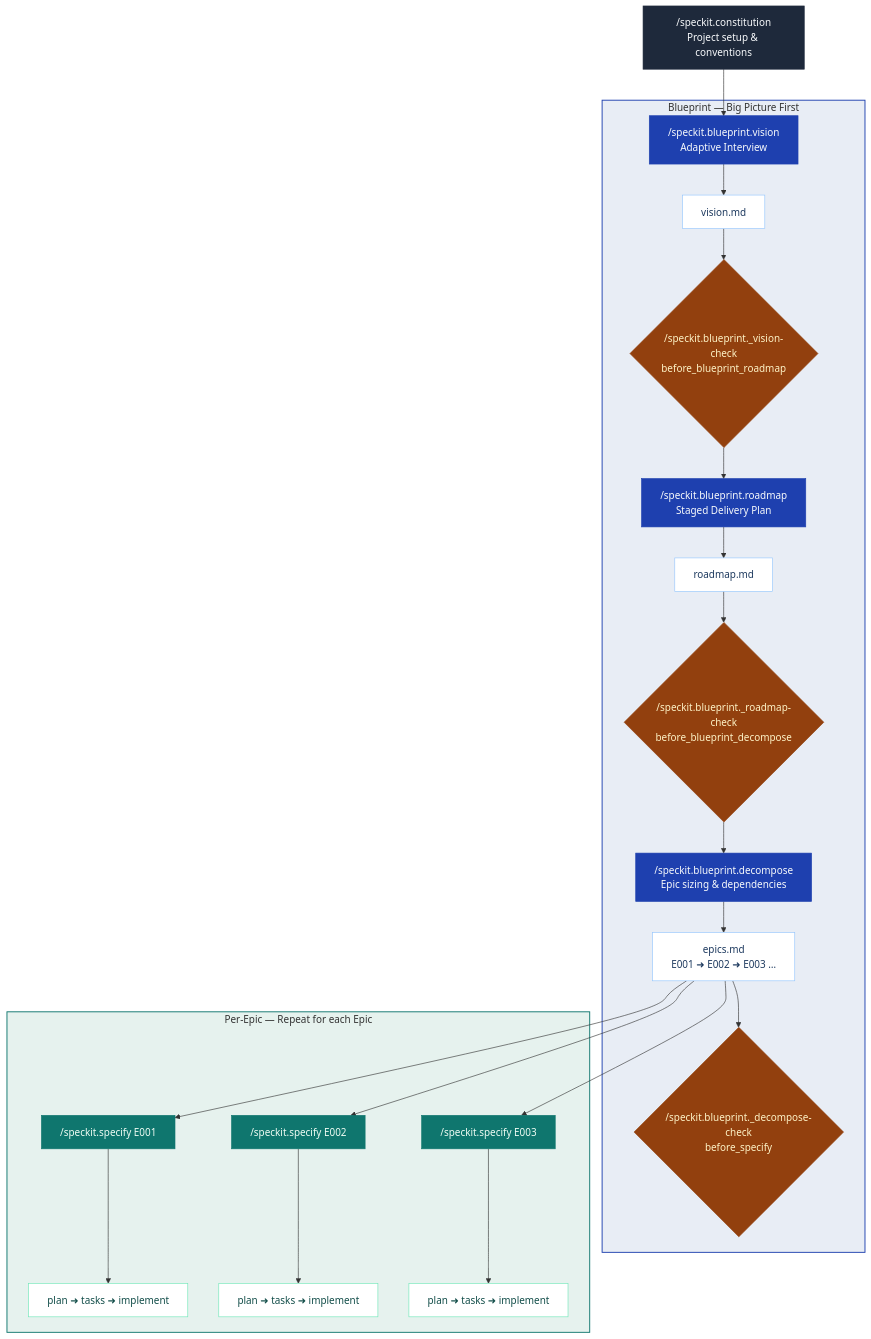
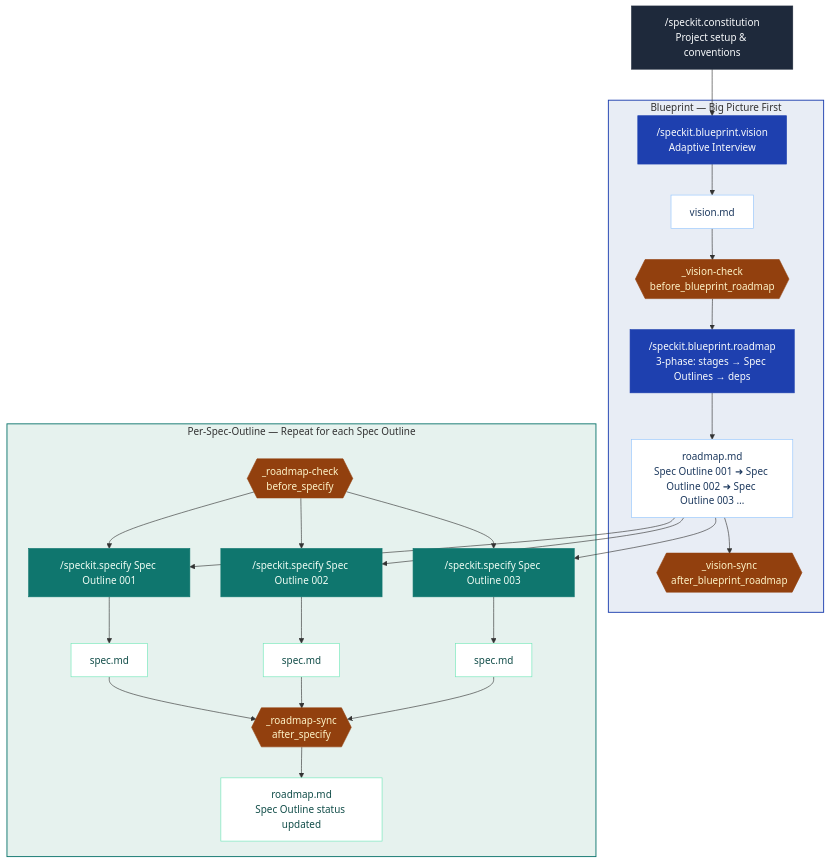
Before and after one commit to jaeryun/spec-kit-blueprint: the diagram in README.md, drawn with Mermaid. The commit also changed other lines of this file and 10 other files, not shown here.

First line of the commit message:
feat: merge decompose into roadmap, introduce Spec Outline terminology, add lifecycle hooks

````diff
--- a/README.md
+++ b/README.md
@@ -9,43 +11,43 @@
 ```mermaid
 flowchart TD
     A["/speckit.constitution\nProject setup & conventions"] --> B
 
     subgraph bp ["Blueprint — Big Picture First"]
         B["/speckit.blueprint.vision\nAdaptive Interview"]
         B --> C["vision.md"]
-        C --> VC{"/speckit.blueprint._vision-check\nbefore_blueprint_roadmap"}
-        VC --> D["/speckit.blueprint.roadmap\nStaged Delivery Plan"]
-        D --> R["roadmap.md"]
-        R --> RC{"/speckit.blueprint._roadmap-check\nbefore_blueprint_decompose"}
-        RC --> X["/speckit.blueprint.decompose\nEpic sizing & dependencies"]
-        X --> E["epics.md\nE001 ➜ E002 ➜ E003 …"]
-        E --> DC{"/speckit.blueprint._decompose-check\nbefore_specify"}
+        C --> VC{{"_vision-check\nbefore_blueprint_roadmap"}}
+        VC --> D["/speckit.blueprint.roadmap\n3-phase: stages → Spec Outlines → deps"]
+        D --> R["roadmap.md\nSpec Outline 001 ➜ Spec Outline 002 ➜ Spec Outline 003 …"]
+        R --> VS{{"_vision-sync\nafter_blueprint_roadmap"}}
     end
 
-    E --> F & G & H
+    R --> F & G & H
 
-    subgraph impl ["Per-Epic — Repeat for each Epic"]
-        F["/speckit.specify E001"] --> spec1["plan ➜ tasks ➜ implement"]
-        G["/speckit.specify E002"] --> spec2["plan ➜ tasks ➜ implement"]
-        H["/speckit.specify E003"] --> spec3["plan ➜ tasks ➜ implement"]
+    subgraph impl ["Per-Spec-Outline — Repeat for each Spec Outline"]
+        RC{{"_roadmap-check\nbefore_specify"}}
+        RC --> F["/speckit.specify Spec Outline 001"] --> spec1["spec.md"]
+        RC --> G["/speckit.specify Spec Outline 002"] --> spec2["spec.md"]
+        RC --> H["/speckit.specify Spec Outline 003"] --> spec3["spec.md"]
+        spec1 & spec2 & spec3 --> RS{{"_roadmap-sync\nafter_specify"}}
+        RS --> RM["roadmap.md\nSpec Outline status updated"]
     end
 
     style bp fill:#e8edf5,stroke:#1e40af,stroke-width:1.5px
     style impl fill:#e6f2ee,stroke:#0f766e,stroke-width:1.5px
     style A fill:#1e293b,stroke:#1e293b,color:#f8fafc
     style B fill:#1e40af,stroke:#1e40af,color:#f8fafc
     style C fill:#ffffff,stroke:#93c5fd,color:#1e3a5f
     style VC fill:#92400e,stroke:#92400e,color:#fef3c7
     style D fill:#1e40af,stroke:#1e40af,color:#f8fafc
     style R fill:#ffffff,stroke:#93c5fd,color:#1e3a5f
+    style VS fill:#92400e,stroke:#92400e,color:#fef3c7
     style RC fill:#92400e,stroke:#92400e,color:#fef3c7
-    style X fill:#1e40af,stroke:#1e40af,color:#f8fafc
-    style E fill:#ffffff,stroke:#93c5fd,color:#1e3a5f
-    style DC fill:#92400e,stroke:#92400e,color:#fef3c7
     style F fill:#0f766e,stroke:#0f766e,color:#f0fdf4
     style G fill:#0f766e,stroke:#0f766e,color:#f0fdf4
     style H fill:#0f766e,stroke:#0f766e,color:#f0fdf4
     style spec1 fill:#ffffff,stroke:#6ee7b7,color:#134e4a
     style spec2 fill:#ffffff,stroke:#6ee7b7,color:#134e4a
     style spec3 fill:#ffffff,stroke:#6ee7b7,color:#134e4a
+    style RS fill:#92400e,stroke:#92400e,color:#fef3c7
+    style RM fill:#ffffff,stroke:#6ee7b7,color:#134e4a
 ```
````
